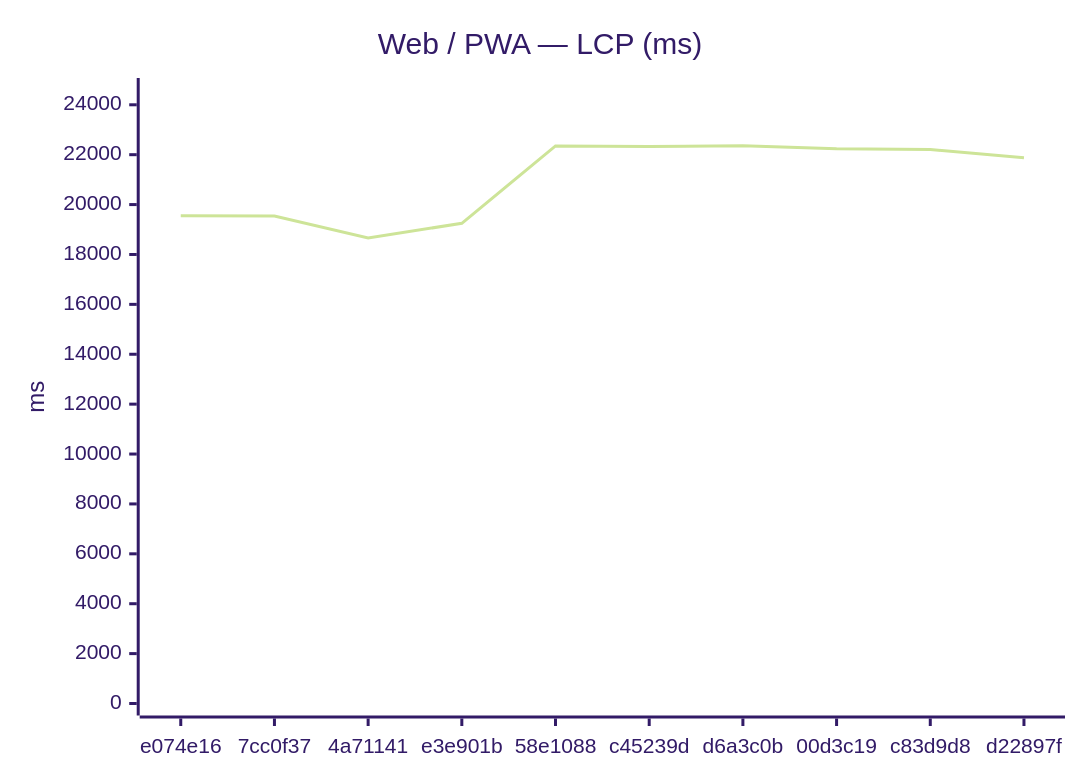
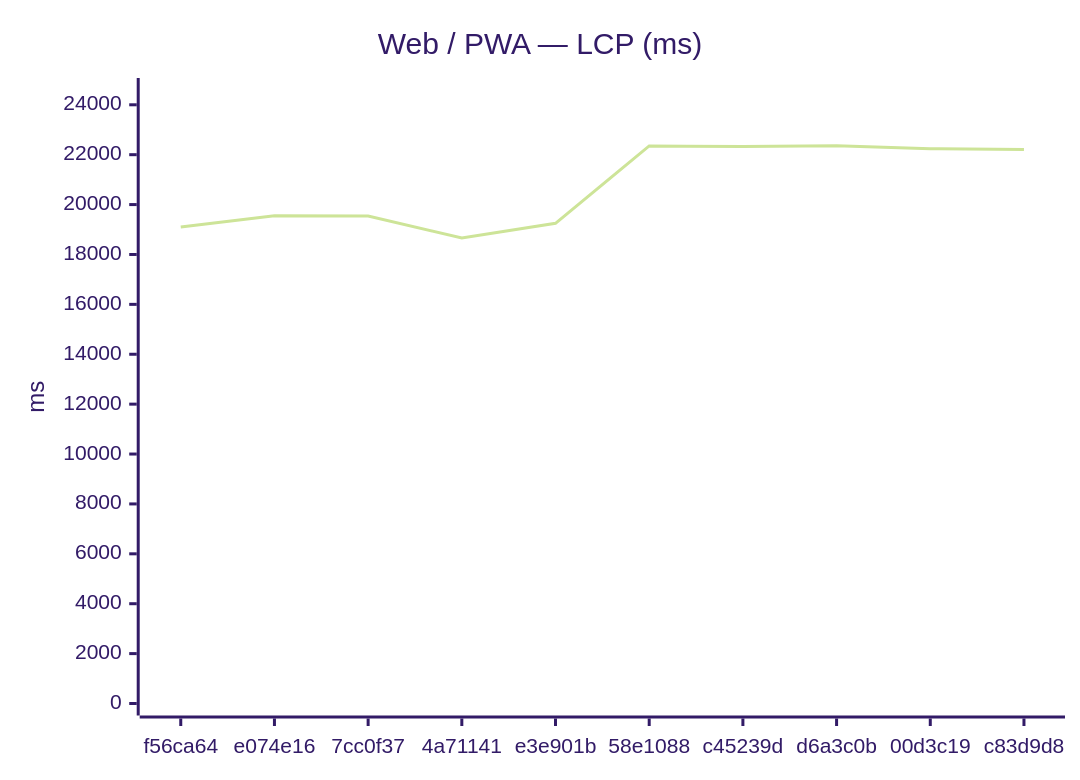
One commit to Metaheurist/Rianell changed the first of 18 diagrams in benchmarks/compare.md. Above: the diagram before and after it, drawn with Mermaid (forest theme). The commit also changed other lines of this file and 11 other files, not shown here.

````diff
--- a/benchmarks/compare.md
+++ b/benchmarks/compare.md
@@ -24,7 +24,7 @@
 ```mermaid
 xychart-beta
     title "Web / PWA — LCP (ms)"
-    x-axis ["e074e16", "7cc0f37", "4a71141", "e3e901b", "58e1088", "c45239d", "d6a3c0b", "00d3c19", "c83d9d8", "d22897f"]
+    x-axis ["f56ca64", "e074e16", "7cc0f37", "4a71141", "e3e901b", "58e1088", "c45239d", "d6a3c0b", "00d3c19", "c83d9d8"]
     y-axis "ms" 0 --> 24593
-    line [19549, 19542, 18663, 19248, 22351, 22326, 22357, 22240, 22209, 21878]
+    line [19101, 19549, 19542, 18663, 19248, 22351, 22326, 22357, 22240, 22209]
 ```
````
